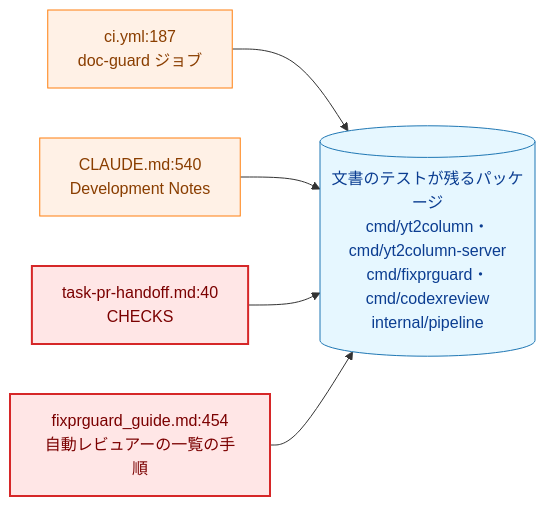
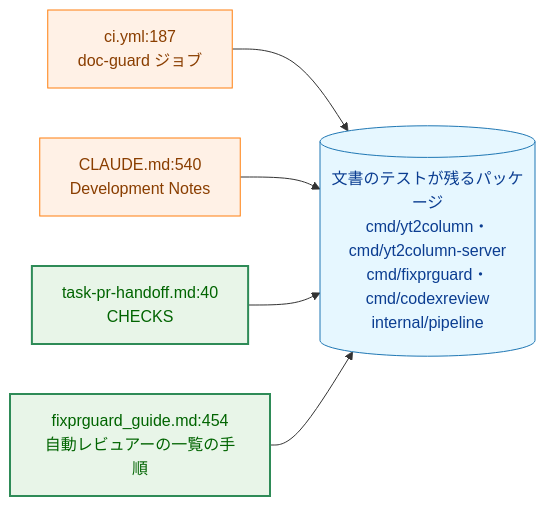
The fifth of 10 diagrams in docs/tasks/0052_doc_test_pruning/02_architecture.md (isseis/yt2column), drawn with Mermaid before and after one commit. The commit also changed other lines of this file, not shown here.

````diff
--- a/docs/tasks/0052_doc_test_pruning/02_architecture.md
+++ b/docs/tasks/0052_doc_test_pruning/02_architecture.md
@@ -212,21 +217,21 @@
 ```mermaid
 flowchart LR
     classDef data fill:#e6f7ff,stroke:#1f77b4,stroke-width:1px,color:#0b3d91;
     classDef process fill:#fff1e6,stroke:#ff7f0e,stroke-width:1px,color:#8a3e00;
-    classDef problem fill:#ffe6e6,stroke:#d62728,stroke-width:2px,color:#7b0000;
+    classDef enhanced fill:#e8f5e8,stroke:#2e8b57,stroke-width:2px,color:#006400;
 
     P[("文書のテストが残るパッケージ<br>cmd/yt2column・cmd/yt2column-server<br>cmd/fixprguard・cmd/codexreview<br>internal/pipeline")]
     C1["ci.yml:187<br>doc-guard ジョブ"]
     C2["CLAUDE.md:540<br>Development Notes"]
     C3["task-pr-handoff.md:40<br>CHECKS"]
     C4["fixprguard_guide.md:454<br>自動レビュアーの一覧の手順"]
 
     C1 --> P
     C2 --> P
     C3 --> P
     C4 --> P
 
     class P data
     class C1,C2 process
-    class C3,C4 problem
+    class C3,C4 enhanced
 ```
````
